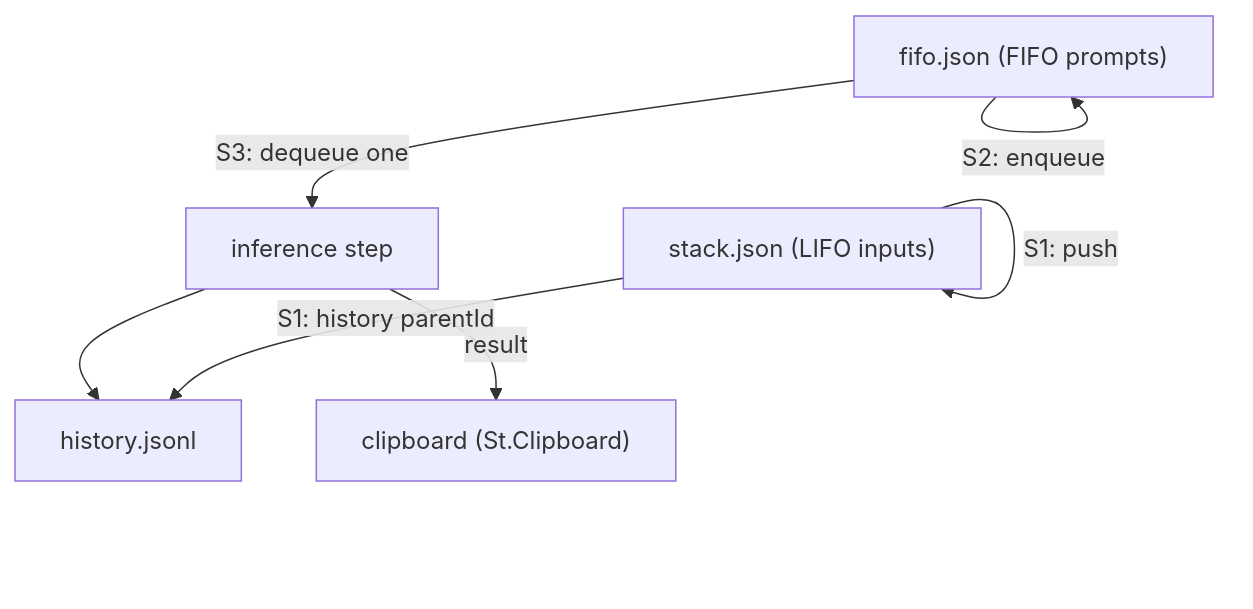
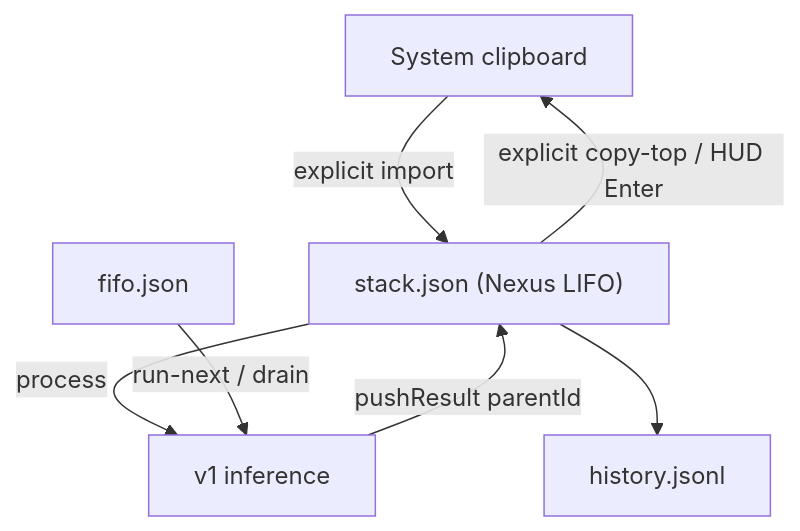
The fifth of 5 diagrams in docs/ARCHITECTURE.md (bbanho/nexus-clip-gnome), drawn with Mermaid before and after one commit. The commit also changed other lines of this file and 44 other files, not shown here.

Commit message:
feat: redesign Nexus clipboard extension and add critical gates

````diff
--- a/docs/ARCHITECTURE.md
+++ b/docs/ARCHITECTURE.md
@@ -191,9 +253,9 @@
 ```mermaid
 flowchart TD
-  A["stack.json (LIFO inputs)"] -->|S1: push| A
-  A -->|S1: history parentId| H["history.jsonl"]
-  B["fifo.json (FIFO prompts)"] -->|S2: enqueue| B
-  B -->|S3: dequeue one| C["inference step"]
-  C -->|result| CLIP["clipboard (St.Clipboard)"]
-  C --> H
+  A["System clipboard"] -->|explicit import| B["stack.json (Nexus LIFO)"]
+  B -->|process| C["v1 inference"]
+  C -->|pushResult parentId| B
+  B -->|explicit copy-top / HUD Enter| A
+  B --> D["history.jsonl"]
+  E["fifo.json"] -->|run-next / drain| C
 ```
````
